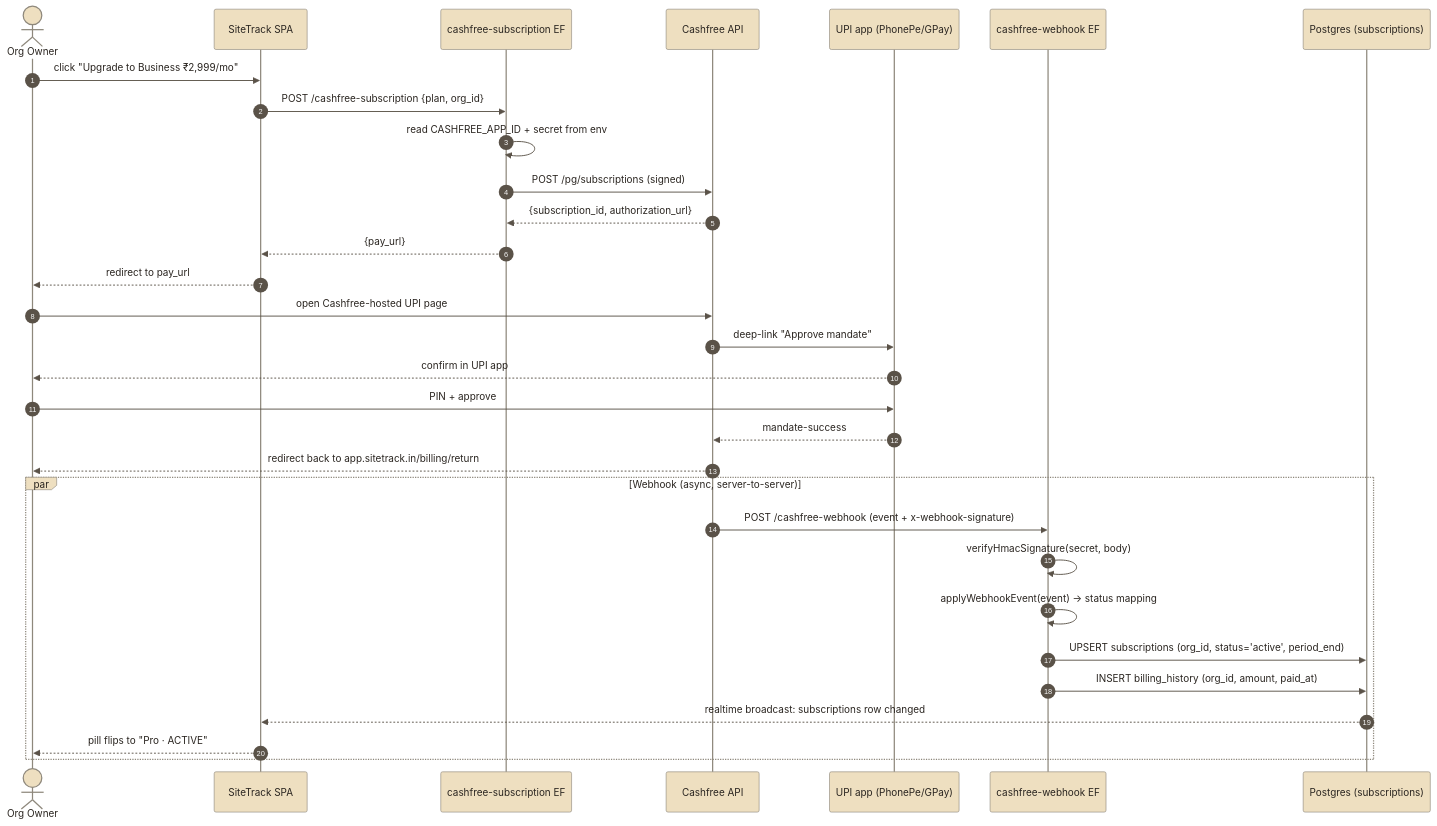
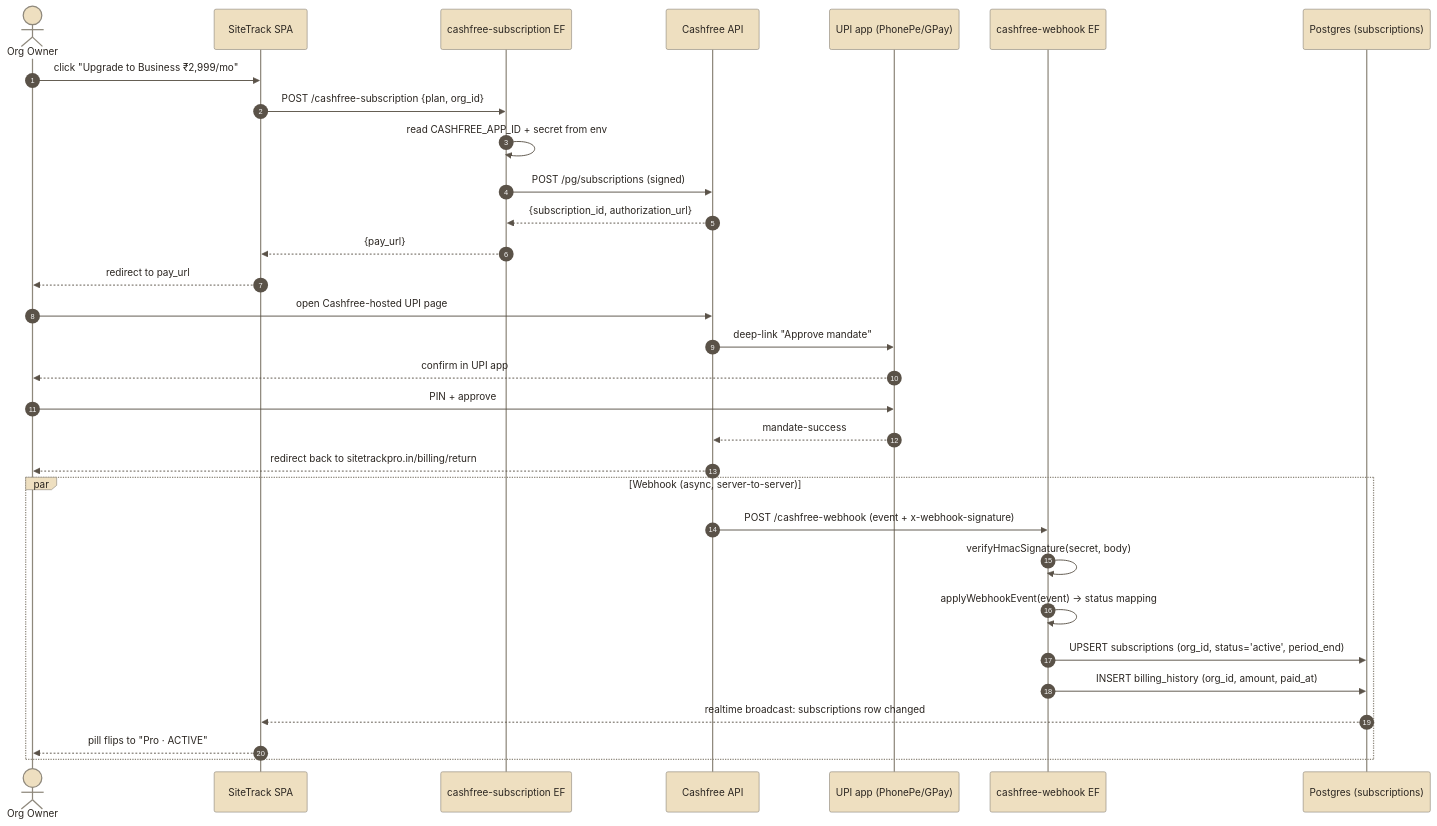
The diagram in docs/architecture/sequence/02-cashfree-subscribe.mmd (Rakesh-7989/Site-Tracker-Pro), drawn with Mermaid before and after one commit. The commit also changed 94 other files, not shown here.

```diff
--- a/docs/architecture/sequence/02-cashfree-subscribe.mmd
+++ b/docs/architecture/sequence/02-cashfree-subscribe.mmd
@@ -1,35 +1,35 @@
 %%{init: {'theme':'base','themeVariables':{'fontFamily':'Georgia, serif','primaryColor':'#FAF0E6','primaryBorderColor':'#8E887C','primaryTextColor':'#2A2520','actorBkg':'#EEDFC0','actorBorder':'#8E887C','signalColor':'#5A5248'}}}%%
 sequenceDiagram
     autonumber
     actor U as Org Owner
     participant SPA as SiteTrack SPA
     participant EF1 as cashfree-subscription EF
     participant CF as Cashfree API
     participant UPI as UPI app (PhonePe/GPay)
     participant EF2 as cashfree-webhook EF
     participant PG as Postgres (subscriptions)
 
     U->>SPA: click "Upgrade to Business ₹2,999/mo"
     SPA->>EF1: POST /cashfree-subscription {plan, org_id}
     EF1->>EF1: read CASHFREE_APP_ID + secret from env
     EF1->>CF: POST /pg/subscriptions (signed)
     CF-->>EF1: {subscription_id, authorization_url}
     EF1-->>SPA: {pay_url}
     SPA-->>U: redirect to pay_url
 
     U->>CF: open Cashfree-hosted UPI page
     CF->>UPI: deep-link "Approve mandate"
     UPI-->>U: confirm in UPI app
     U->>UPI: PIN + approve
     UPI-->>CF: mandate-success
-    CF-->>U: redirect back to app.sitetrack.in/billing/return
+    CF-->>U: redirect back to sitetrackpro.in/billing/return
 
     par Webhook (async, server-to-server)
         CF->>EF2: POST /cashfree-webhook (event + x-webhook-signature)
         EF2->>EF2: verifyHmacSignature(secret, body)
         EF2->>EF2: applyWebhookEvent(event) → status mapping
         EF2->>PG: UPSERT subscriptions (org_id, status='active', period_end)
         EF2->>PG: INSERT billing_history (org_id, amount, paid_at)
         PG-->>SPA: realtime broadcast: subscriptions row changed
         SPA-->>U: pill flips to "Pro · ACTIVE"
     end
```
